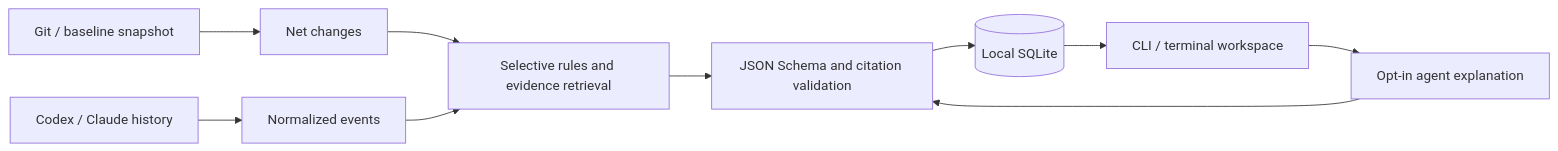
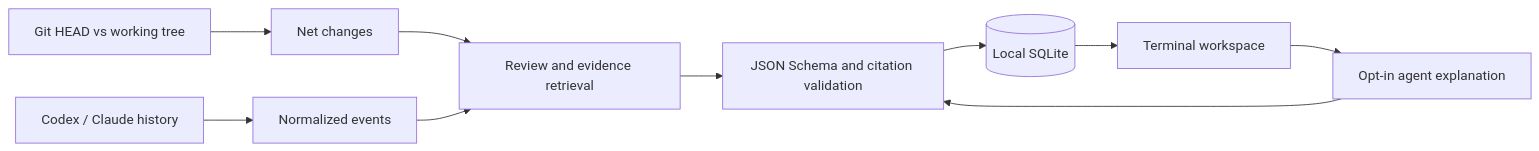
One commit to grandimam/wy changed the diagram in docs/architecture.md. Above: the diagram before and after it, drawn with Mermaid. The commit also changed other lines of this file and 35 other files, not shown here.

````diff
--- a/docs/architecture.md
+++ b/docs/architecture.md
@@ -5,12 +5,12 @@
 ```mermaid
 flowchart LR
   H[Codex / Claude history] --> E[Normalized events]
-  G[Git / baseline snapshot] --> D[Net changes]
-  D --> R[Selective rules and evidence retrieval]
+  G[Git HEAD vs working tree] --> D[Net changes]
+  D --> R[Review and evidence retrieval]
   E --> R
   R --> V[JSON Schema and citation validation]
   V --> DB[(Local SQLite)]
-  DB --> CLI[CLI / terminal workspace]
-  CLI --> A[Opt-in agent explanation]
+  DB --> T[Terminal workspace]
+  T --> A[Opt-in agent explanation]
   A --> V
 ```
````
